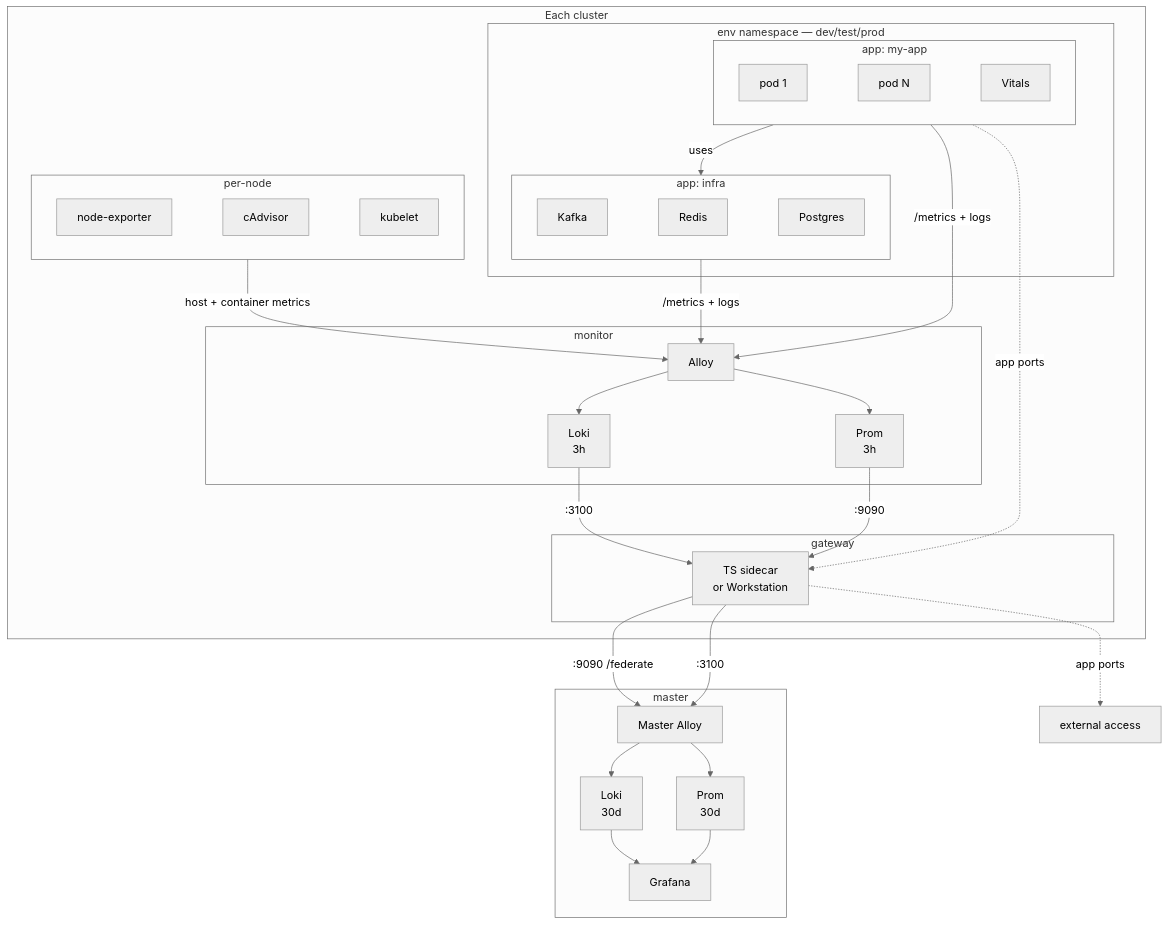
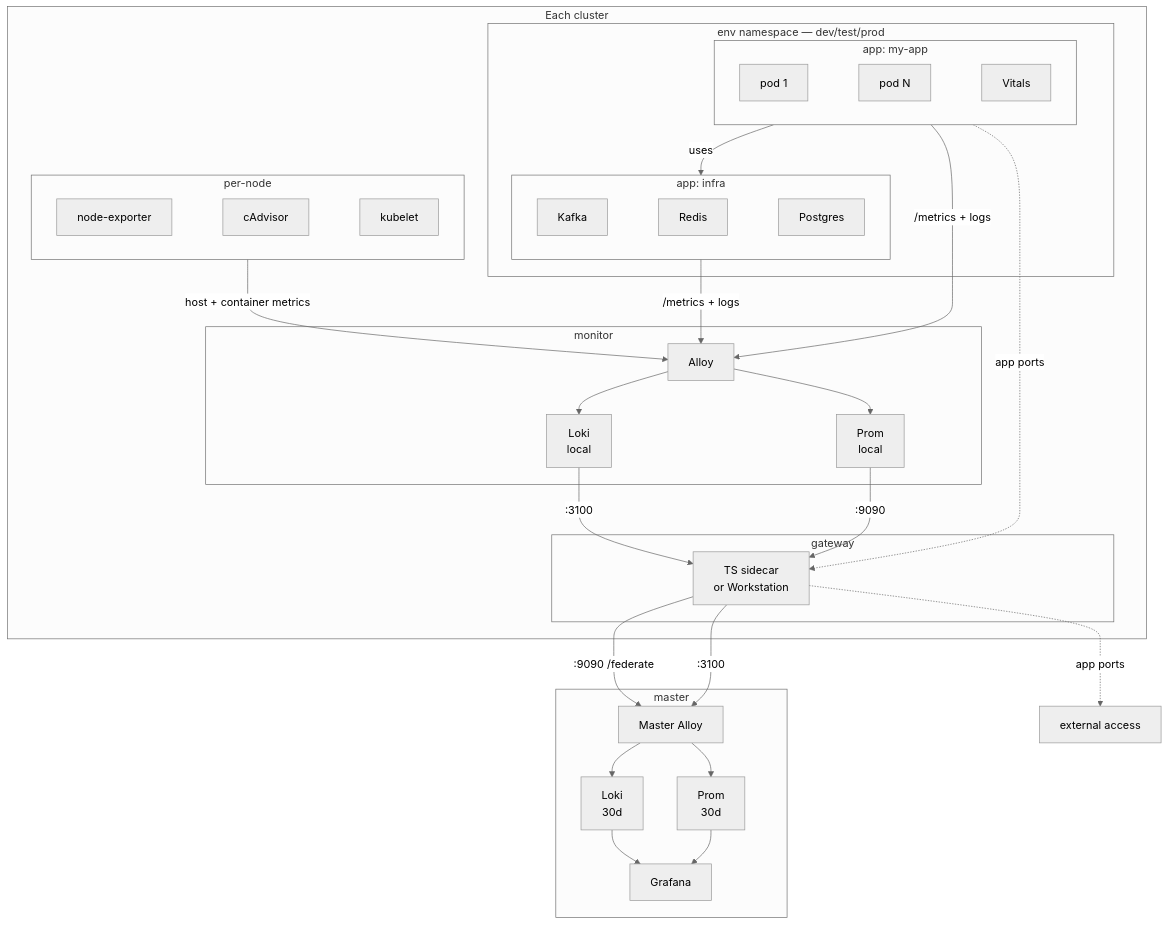
One commit to Kord96/kordinate changed the fourth of 4 diagrams in docs/infrastructure.md. Above: the diagram before and after it, drawn with Mermaid (neutral theme). The commit also changed other lines of this file and 1 other file, not shown here.

First line of the commit message:
Remove hardcoded 3h retention from cluster Prom/Loki [scribe]

````diff
--- a/docs/infrastructure.md
+++ b/docs/infrastructure.md
@@ -97,50 +97,50 @@
 ```mermaid
 flowchart TB
     subgraph cluster[Each cluster]
         subgraph env[env namespace — dev/test/prod]
             subgraph myapp["app: my-app"]
                 P1[pod 1]
                 PN[pod N]
                 VIT[Vitals]
                 P1 ~~~ PN ~~~ VIT
             end
             subgraph infra["app: infra"]
                 KF[Kafka]
                 RD[Redis]
                 PG[Postgres]
                 KF ~~~ RD ~~~ PG
             end
         end
 
         subgraph nodes[per-node]
             NE[node-exporter]
             CA[cAdvisor]
             KL[kubelet]
             NE ~~~ CA ~~~ KL
         end
 
         subgraph mon[monitor]
-            AL[Alloy] --> LK[Loki<br/>3h] & PR[Prom<br/>3h]
+            AL[Alloy] --> LK[Loki<br/>local] & PR[Prom<br/>local]
         end
 
         subgraph gw[gateway]
             GWT[TS sidecar<br/>or Workstation]
         end
 
         myapp -->|uses| infra
         myapp & infra -->|/metrics + logs| AL
         nodes -->|host + container metrics| AL
         PR -->|:9090| GWT
         LK -->|:3100| GWT
         myapp -.->|app ports| GWT
     end
 
     GWT -->|:9090 /federate| MA
     GWT -->|:3100| MA
     GWT -.->|app ports| EXT[external access]
 
     subgraph master[master]
         MA[Master Alloy] --> ML[Loki<br/>30d] & MP[Prom<br/>30d]
         MP & ML --> G[Grafana]
     end
 ```
````
